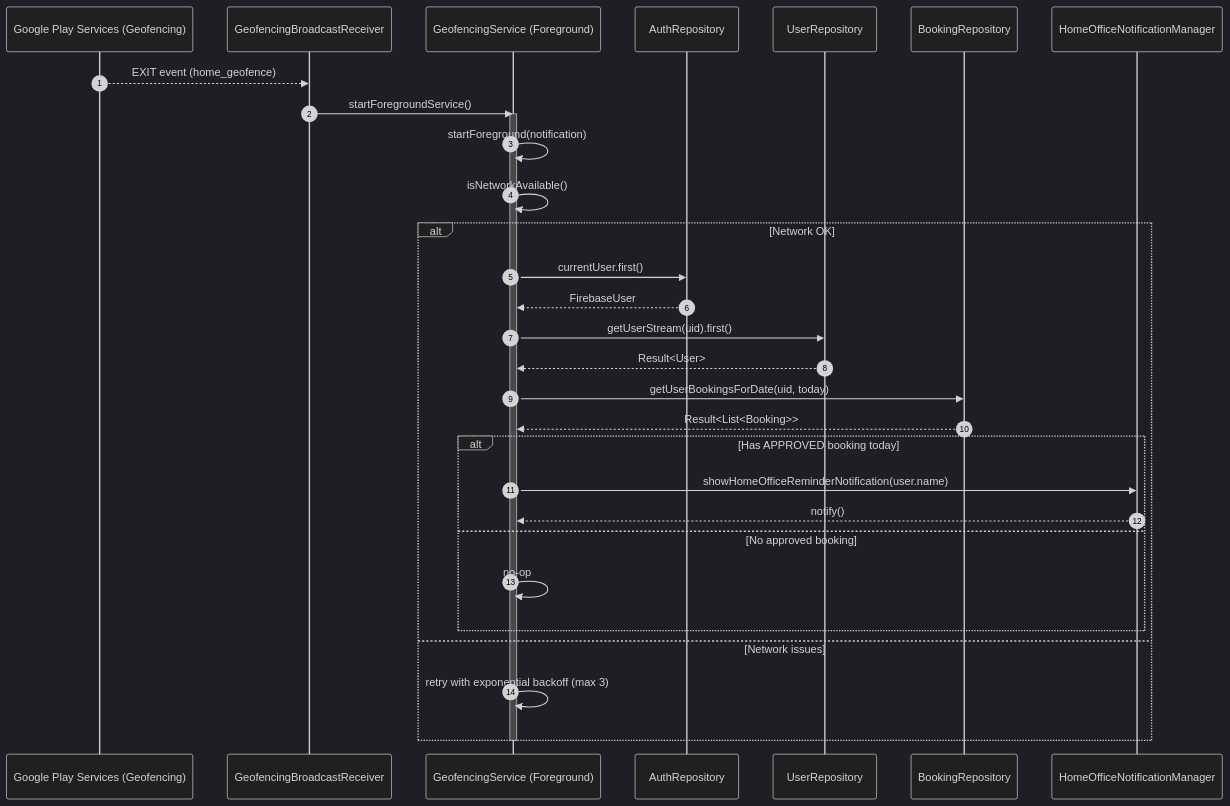
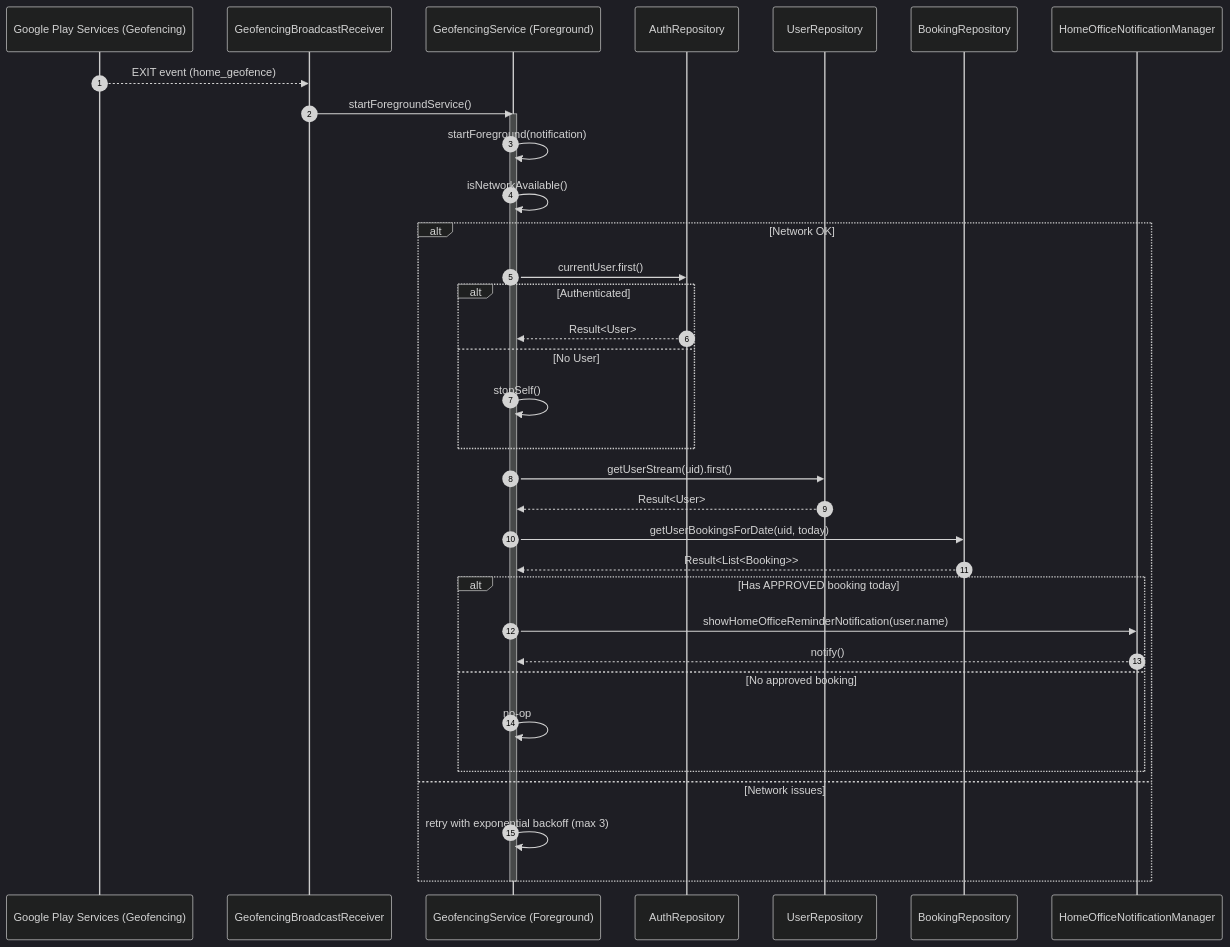
Before and after one commit to dapopovic/FlexiOffice: the diagram in docs/diagrams/sequence-geofence-exit.mmd, drawn with Mermaid (dark theme). The commit also changed 5 other files, not shown here.

Commit message:
Update sequence diagrams to reflect changes in application flow and notification processing

```diff
--- a/docs/diagrams/sequence-geofence-exit.mmd
+++ b/docs/diagrams/sequence-geofence-exit.mmd
@@ -1,33 +1,37 @@
 %% Sequence: Geofence Exit -> Reminder
 sequenceDiagram
   autonumber
   participant GPS as Google Play Services (Geofencing)
   participant BR as GeofencingBroadcastReceiver
   participant Svc as GeofencingService (Foreground)
   participant Auth as AuthRepository
   participant User as UserRepository
   participant Book as BookingRepository
   participant Noti as HomeOfficeNotificationManager
 
   GPS-->>BR: EXIT event (home_geofence)
   BR->>Svc: startForegroundService()
   activate Svc
   Svc->>Svc: startForeground(notification)
   Svc->>Svc: isNetworkAvailable()
   alt Network OK
     Svc->>Auth: currentUser.first()
-    Auth-->>Svc: FirebaseUser
+    alt Authenticated
+      Auth-->>Svc: Result<User>
+    else No User
+      Svc->>Svc: stopSelf()
+    end
     Svc->>User: getUserStream(uid).first()
     User-->>Svc: Result<User>
     Svc->>Book: getUserBookingsForDate(uid, today)
     Book-->>Svc: Result<List<Booking>>
     alt Has APPROVED booking today
       Svc->>Noti: showHomeOfficeReminderNotification(user.name)
       Noti-->>Svc: notify()
     else No approved booking
       Svc->>Svc: no-op
     end
   else Network issues
     Svc->>Svc: retry with exponential backoff (max 3)
   end
   deactivate Svc
```
